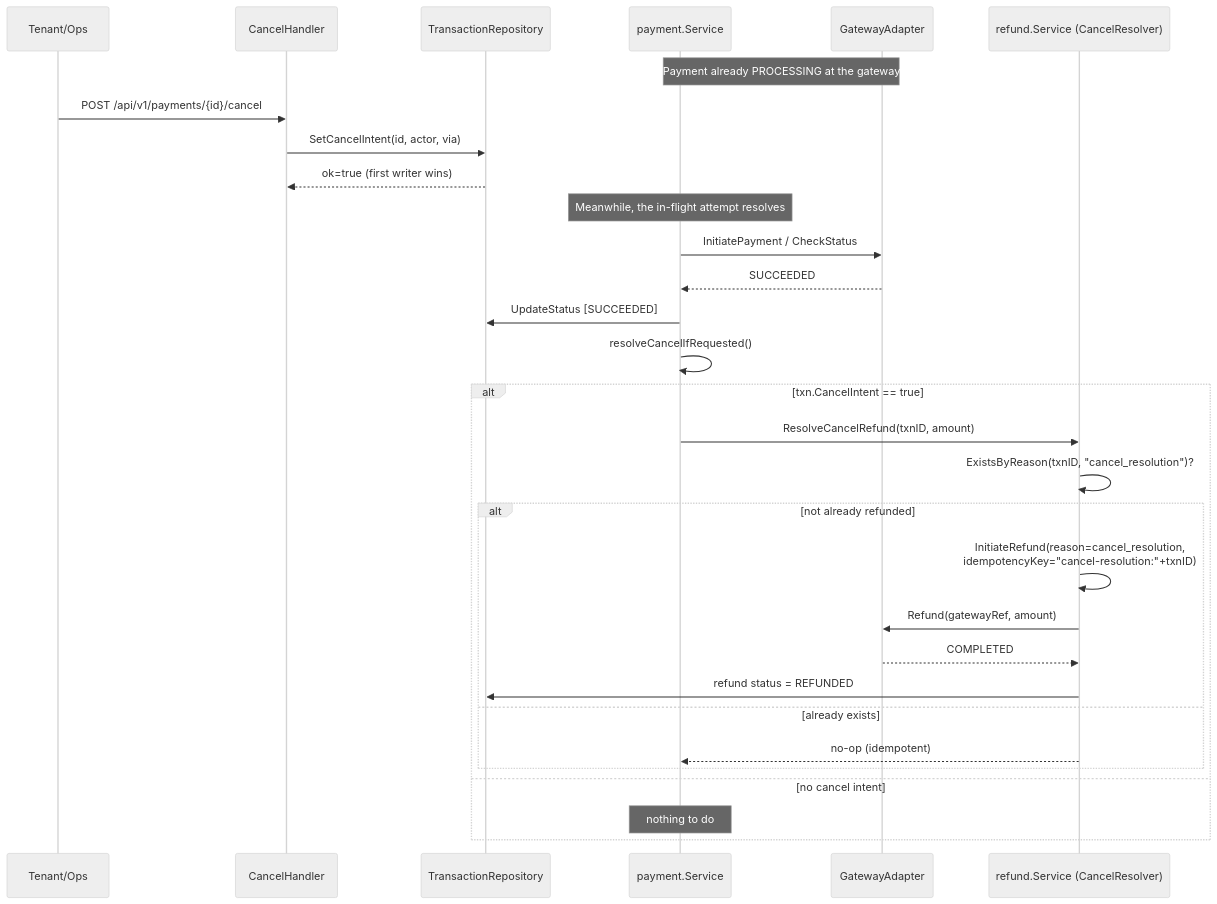
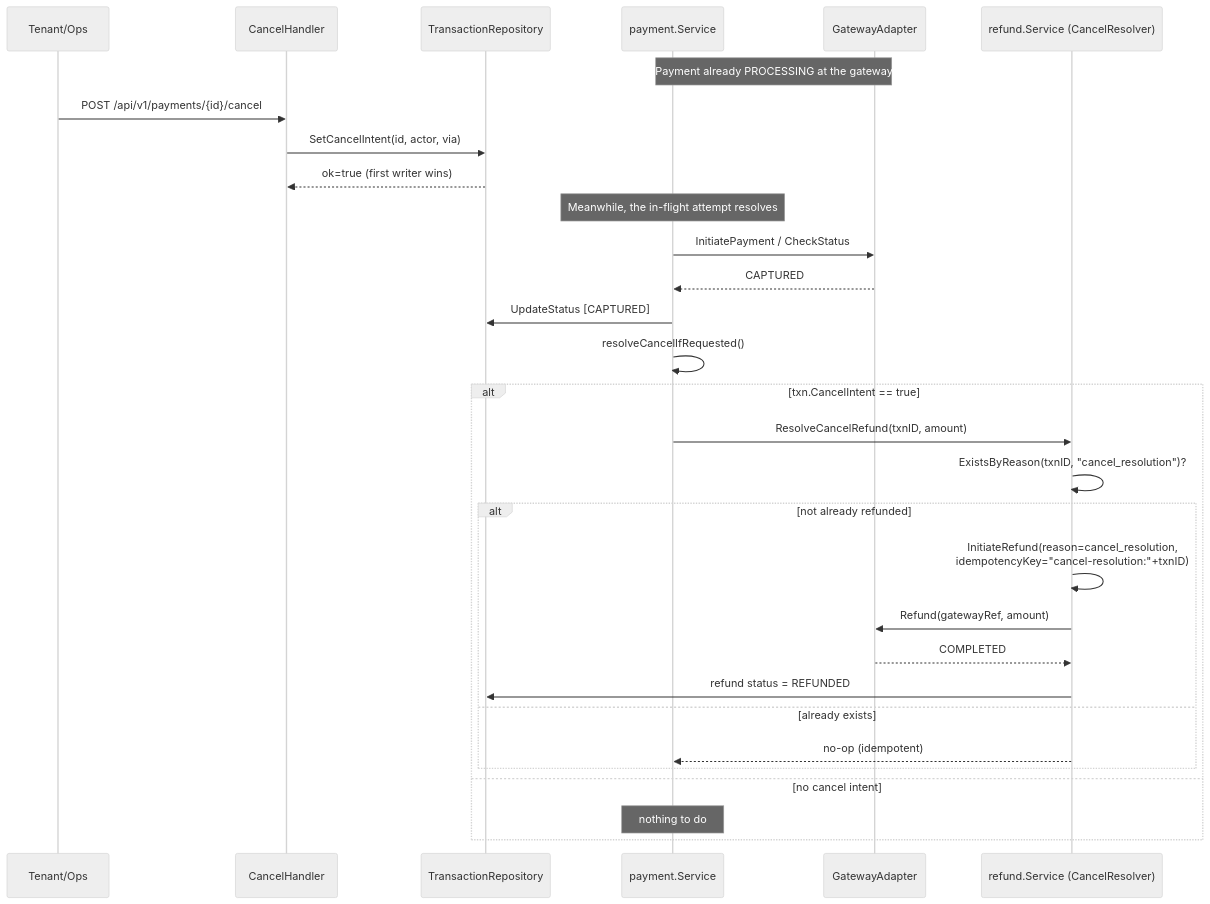
One commit to flyluman/payment-service changed the ninth of 13 diagrams in README.md. Above: the diagram before and after it, drawn with Mermaid (neutral theme). The commit also changed other lines of this file and 81 other files, not shown here.

````diff
--- a/README.md
+++ b/README.md
@@ -529,37 +719,37 @@
 ```mermaid
 sequenceDiagram
     participant Ops as Tenant/Ops
     participant CancelH as CancelHandler
     participant Repo as TransactionRepository
     participant PaySvc as payment.Service
     participant GW as GatewayAdapter
     participant RefundSvc as refund.Service (CancelResolver)
 
     Note over PaySvc,GW: Payment already PROCESSING at the gateway
 
     Ops->>CancelH: POST /api/v1/payments/{id}/cancel
     CancelH->>Repo: SetCancelIntent(id, actor, via)
     Repo-->>CancelH: ok=true (first writer wins)
 
     Note over PaySvc: Meanwhile, the in-flight attempt resolves
 
     PaySvc->>GW: InitiatePayment / CheckStatus
-    GW-->>PaySvc: SUCCEEDED
+    GW-->>PaySvc: CAPTURED
 
-    PaySvc->>Repo: UpdateStatus [SUCCEEDED]
+    PaySvc->>Repo: UpdateStatus [CAPTURED]
     PaySvc->>PaySvc: resolveCancelIfRequested()
     alt txn.CancelIntent == true
         PaySvc->>RefundSvc: ResolveCancelRefund(txnID, amount)
         RefundSvc->>RefundSvc: ExistsByReason(txnID, "cancel_resolution")?
         alt not already refunded
             RefundSvc->>RefundSvc: InitiateRefund(reason=cancel_resolution,<br/>idempotencyKey="cancel-resolution:"+txnID)
             RefundSvc->>GW: Refund(gatewayRef, amount)
             GW-->>RefundSvc: COMPLETED
             RefundSvc->>Repo: refund status = REFUNDED
         else already exists
             RefundSvc-->>PaySvc: no-op (idempotent)
         end
     else no cancel intent
         Note over PaySvc: nothing to do
     end
 ```
````
